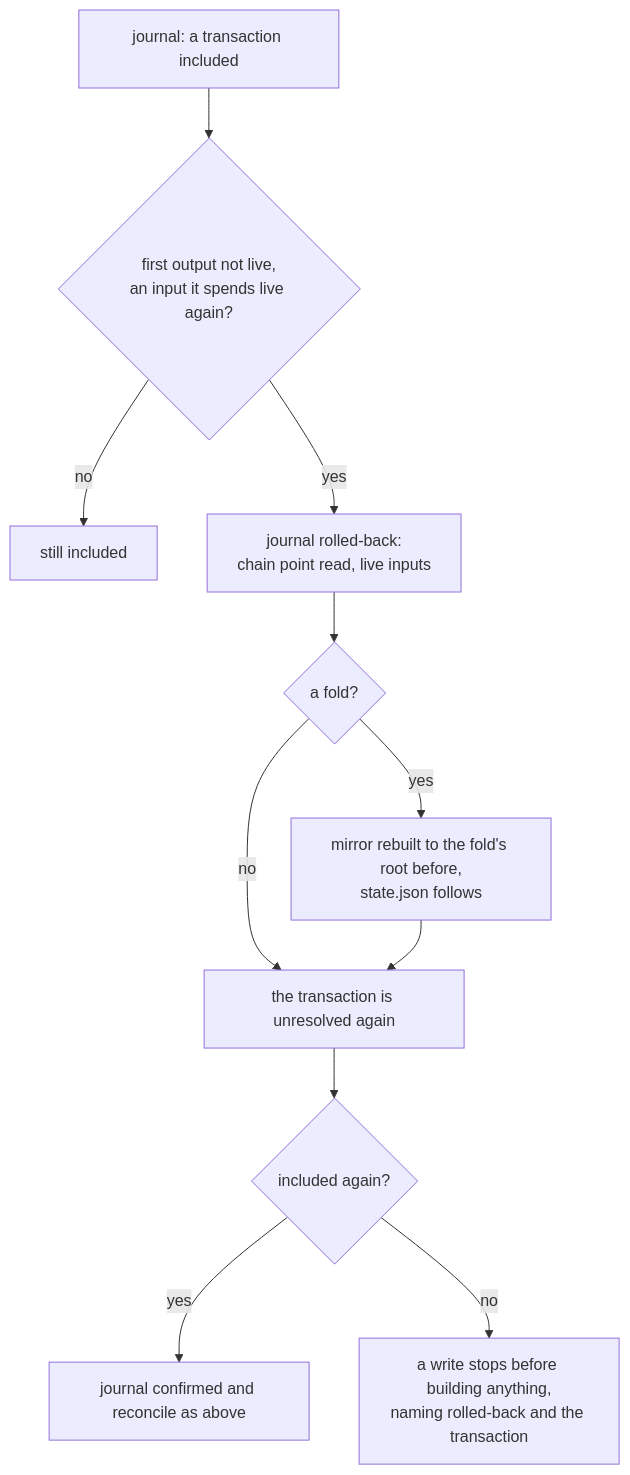
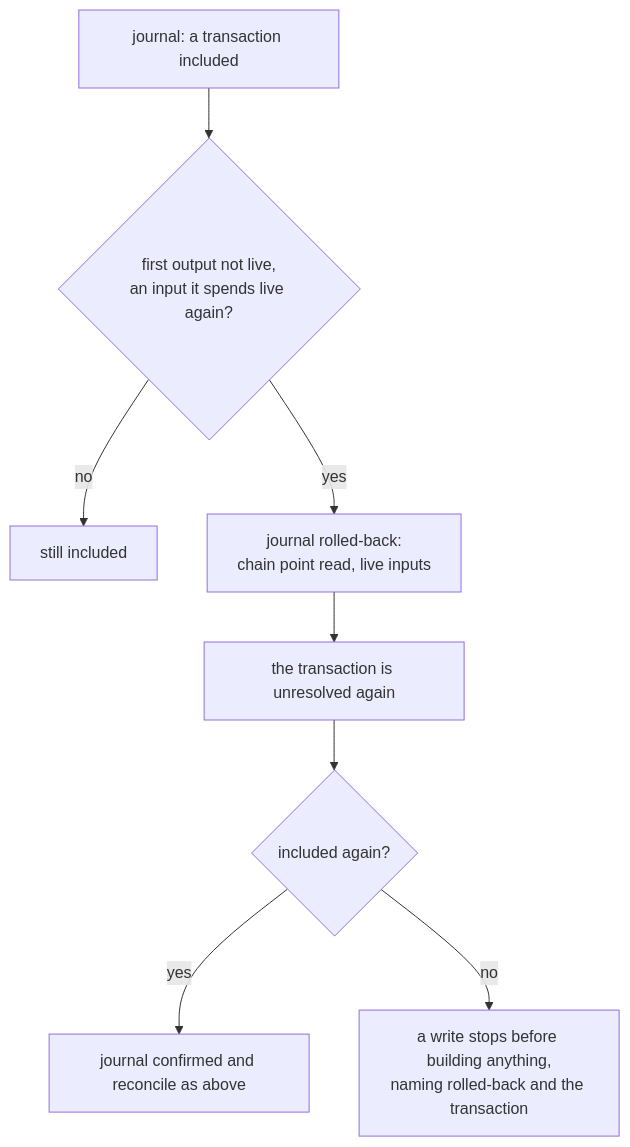
Before and after one commit to lambdasistemi/singular: the second of 2 diagrams in docs/cli-recovery.md, drawn with Mermaid. The commit also changed other lines of this file and 39 other files, not shown here.

````diff
--- a/docs/cli-recovery.md
+++ b/docs/cli-recovery.md
@@ -104,13 +93,10 @@
 ```mermaid
 flowchart TD
     I[journal: a transaction included] --> L{first output not live,<br/>an input it spends live again?}
     L -- no --> K[still included]
     L -- yes --> RB[journal rolled-back:<br/>chain point read, live inputs]
-    RB --> F{a fold?}
-    F -- yes --> W[mirror rebuilt to the fold's root before,<br/>state.json follows]
-    F -- no --> N
-    W --> N[the transaction is unresolved again]
+    RB --> N[the transaction is unresolved again]
     N --> G{included again?}
     G -- yes --> C[journal confirmed and reconcile as above]
     G -- no --> X[a write stops before building anything,<br/>naming rolled-back and the transaction]
 ```
````
